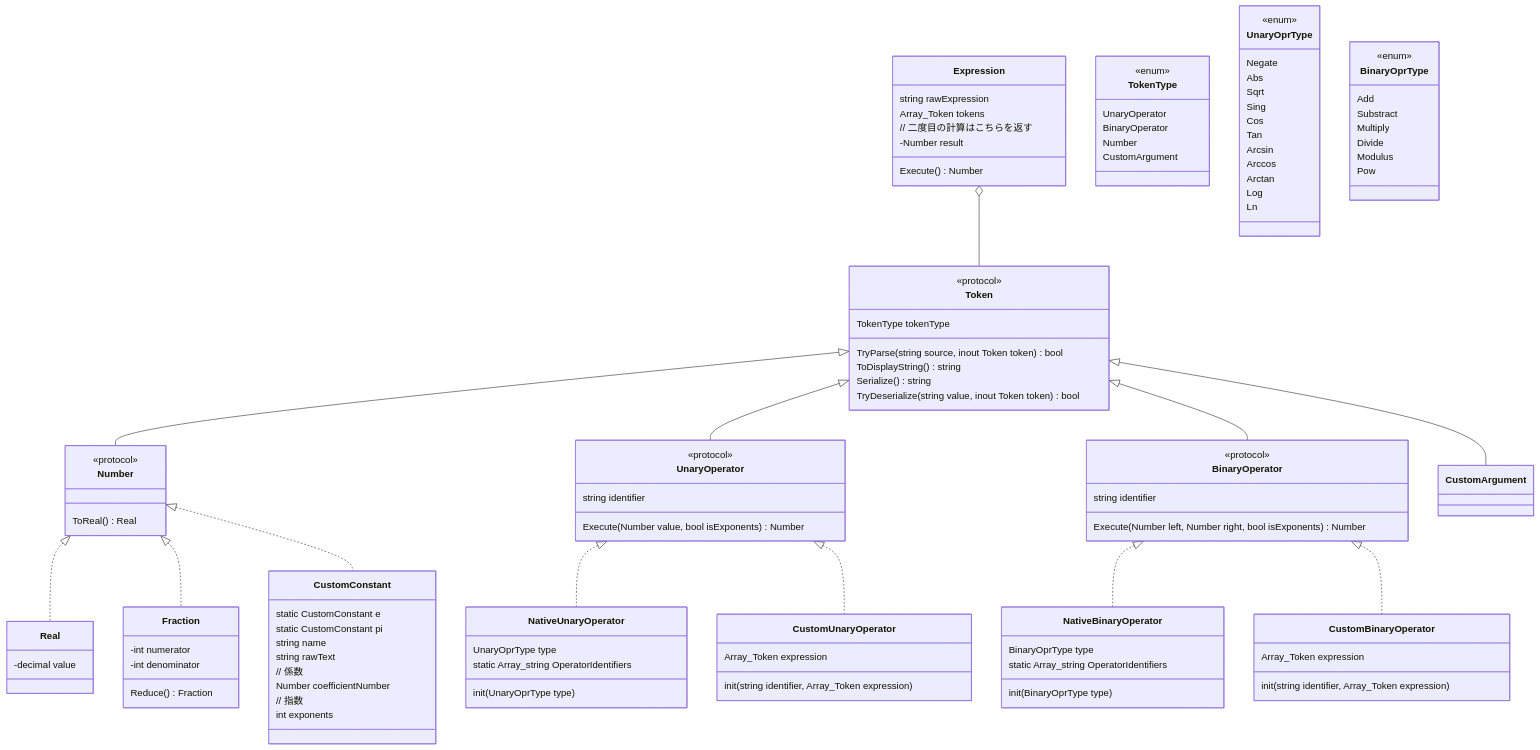
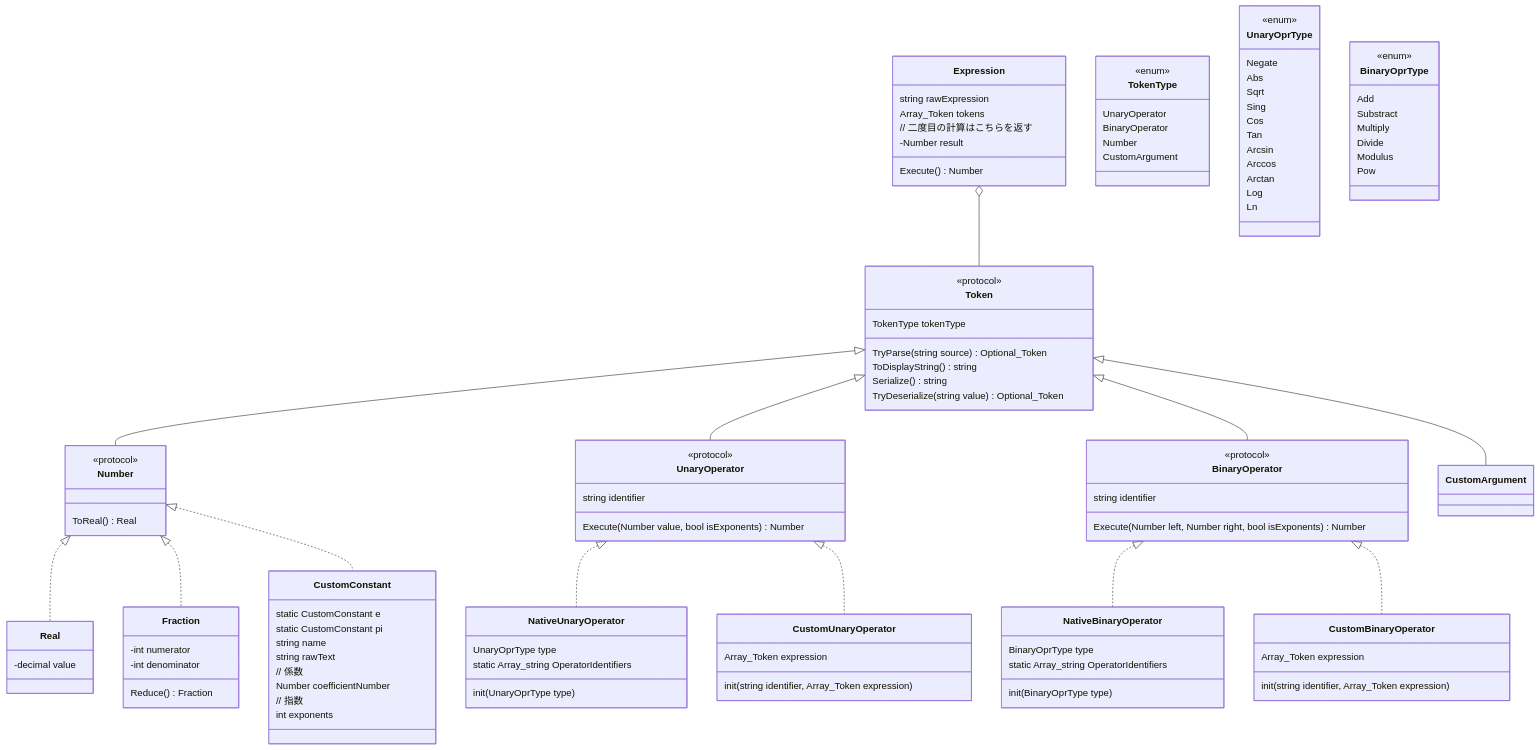
One commit to kc3hack/2023_C changed the second of 2 diagrams in graph/class.md. Above: the diagram before and after it, drawn with Mermaid. The commit also changed 1 other file, not shown here.

Commit message:
トークンを作成

```diff
--- a/graph/class.md
+++ b/graph/class.md
@@ -74,10 +74,10 @@
     <<protocol>>
     TokenType tokenType
 
-    TryParse(string source, inout Token token) bool
+    TryParse(string source) Optional_Token
     ToDisplayString() string
     Serialize() string
-    TryDeserialize(string value, inout Token token) bool
+    TryDeserialize(string value) Optional_Token
 }
 class Number {
     <<protocol>>
```
